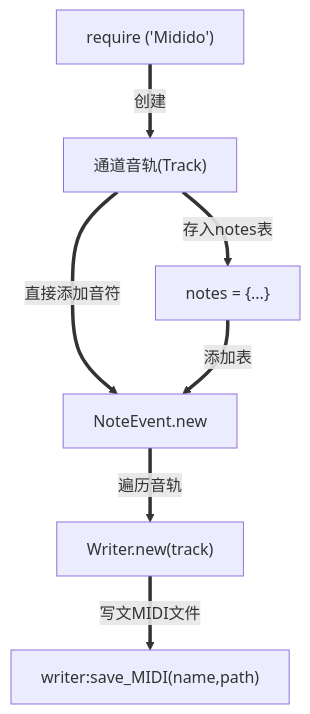
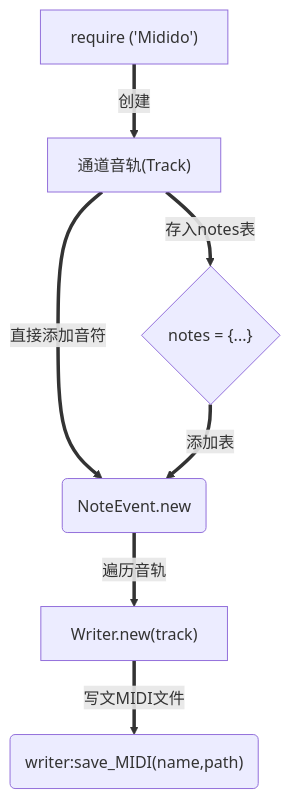
Before and after one commit to A2C29K9/A2C29K9.github.io: the diagram in source/_posts/wiki-of-Midido.md, drawn with Mermaid.

````diff
--- a/source/_posts/wiki-of-Midido.md
+++ b/source/_posts/wiki-of-Midido.md
@@ -64,9 +64,9 @@
 ```mermaid
 graph TB
-    id["require ('Midido')"]==> |创建| id2("通道音轨(Track)")
-    id2["通道音轨(Track)"]==> |直接添加音符| id3["NoteEvent.new"]
-    id2["通道音轨(Track)"]==> |存入notes表| id4["notes = {...}"]
-    id4["notes = {...}"]==> |添加表| id3{"NoteEvent.new"}
-    id3["NoteEvent.new"]==> |遍历音轨| id5["Writer.new(track)"]
-    id5["Writer.new(track)"]==> |写文MIDI文件| id6["writer:save_MIDI(name,path)"]
+    id1["require ('Midido')"]==> |创建| id2["通道音轨(Track)"]
+    id2==> |直接添加音符| id3("NoteEvent.new")
+    id2==> |存入notes表| id4{"notes = {...}"}
+    id4==> |添加表| id3
+    id3==> |遍历音轨| id5["Writer.new(track)"]
+    id5==> |写文MIDI文件| id6("writer:save_MIDI(name,path)")
 ```
````
